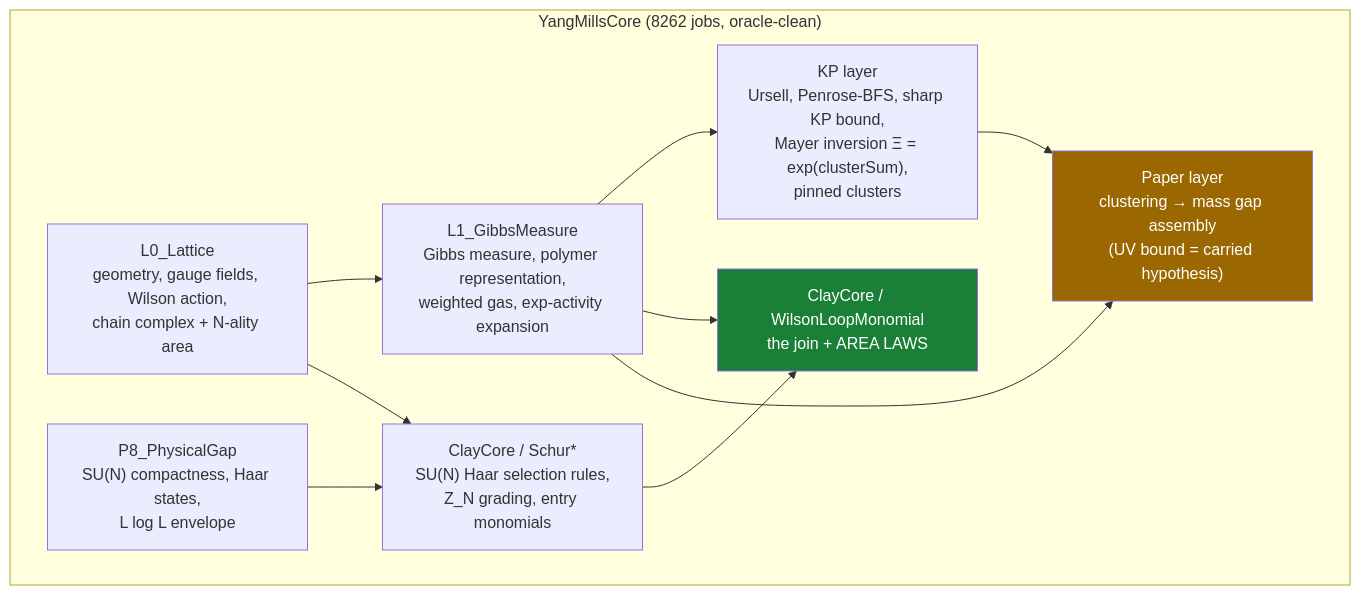
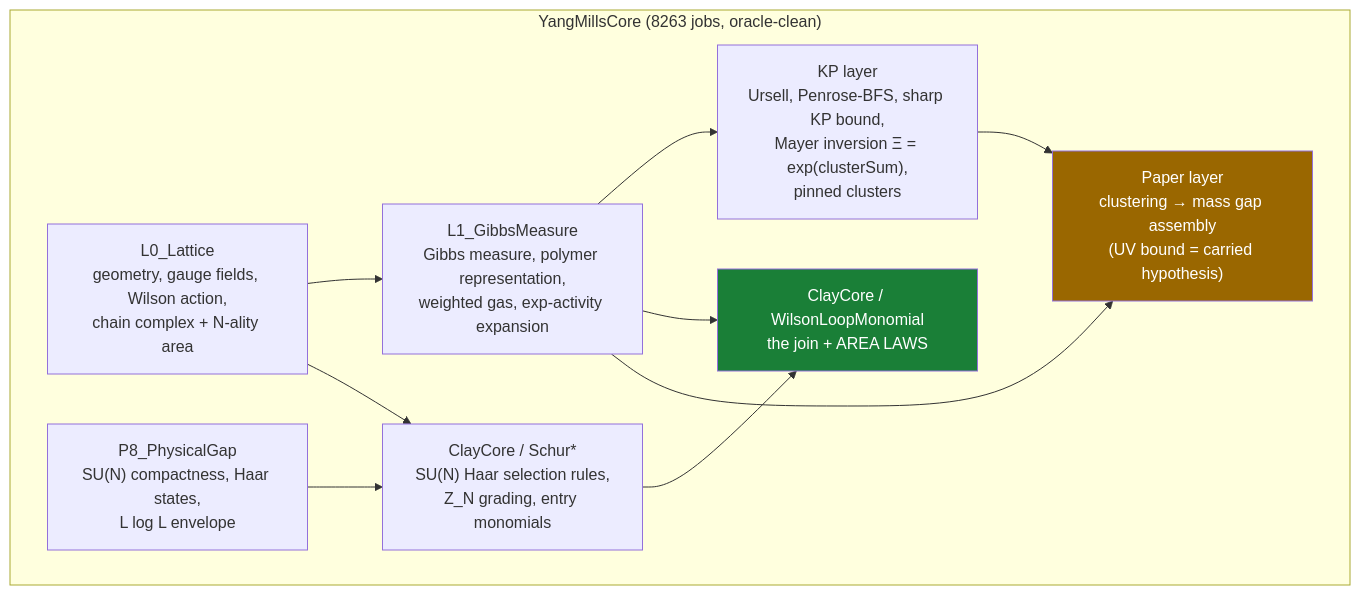
The diagram in README.md (lluiseriksson/THE-ERIKSSON-PROGRAMME), drawn with Mermaid before and after one commit. The commit also changed other lines of this file and 10 other files, not shown here.

````diff
--- a/README.md
+++ b/README.md
@@ -203,20 +203,20 @@
 ```mermaid
 graph TD
-    subgraph core["YangMillsCore  (8262 jobs, oracle-clean)"]
+    subgraph core["YangMillsCore  (8263 jobs, oracle-clean)"]
         L0["L0_Lattice<br/>geometry, gauge fields, Wilson action,<br/>chain complex + N-ality area"]
         L1["L1_GibbsMeasure<br/>Gibbs measure, polymer representation,<br/>weighted gas, exp-activity expansion"]
         KP["KP layer<br/>Ursell, Penrose-BFS, sharp KP bound,<br/>Mayer inversion Ξ = exp(clusterSum),<br/>pinned clusters"]
         SCHUR["ClayCore / Schur*<br/>SU(N) Haar selection rules,<br/>Z_N grading, entry monomials"]
         WLM["ClayCore / WilsonLoopMonomial<br/>the join + AREA LAWS"]
         PAPER["Paper layer<br/>clustering → mass gap assembly<br/>(UV bound = carried hypothesis)"]
         P8["P8_PhysicalGap<br/>SU(N) compactness, Haar states,<br/>L log L envelope"]
     end
     L0 --> L1 --> KP
     L0 --> SCHUR --> WLM
     L1 --> WLM
     L1 --> PAPER
     KP --> PAPER
     P8 --> SCHUR
     style WLM fill:#1a7f37,color:#fff
     style PAPER fill:#9a6700,color:#fff
 ```
````
